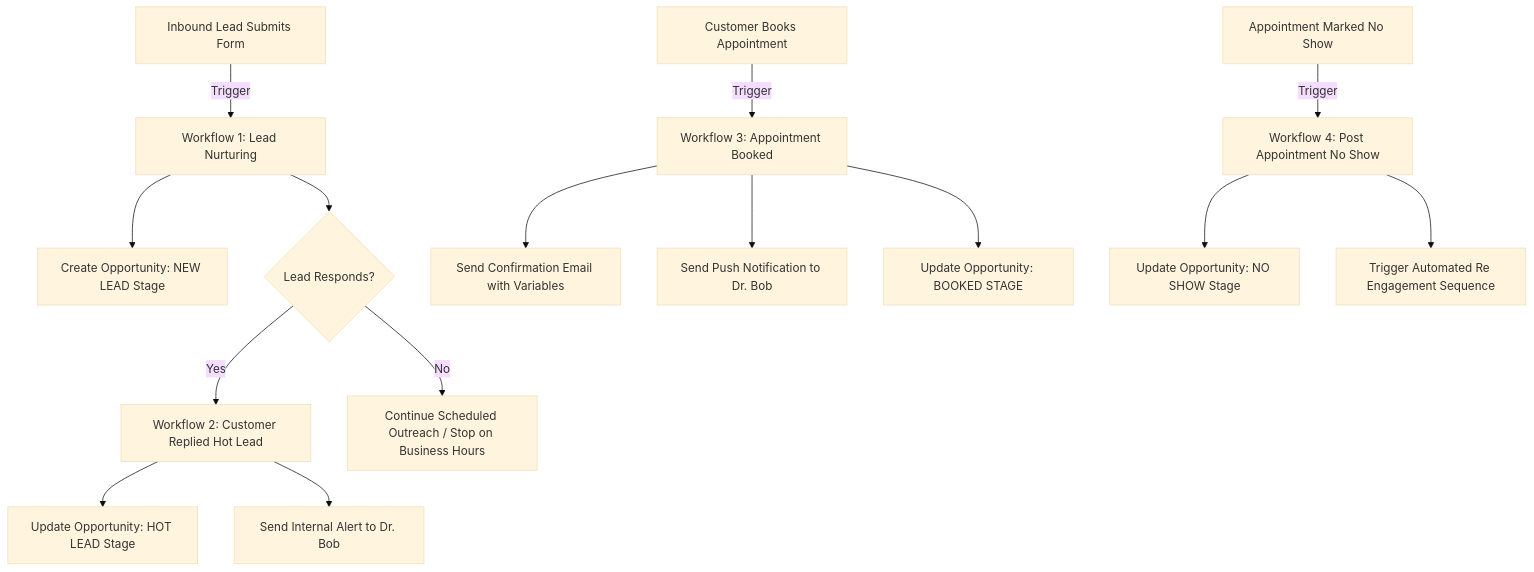
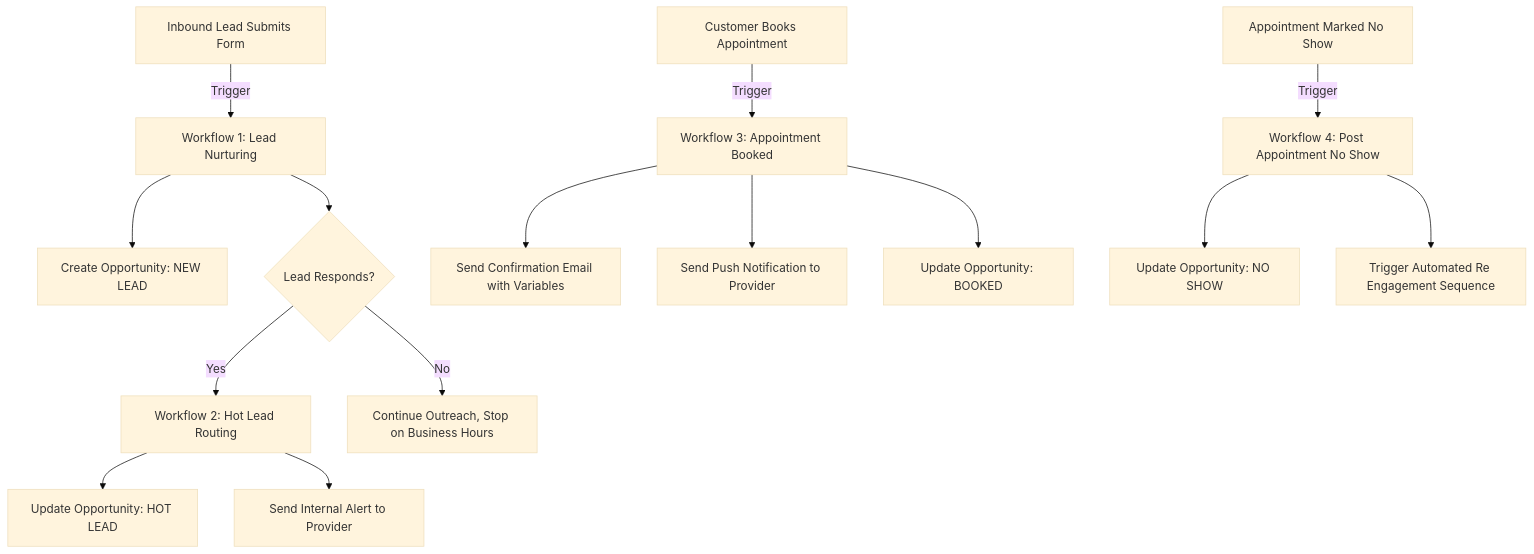
One commit to DerrickMits/ledger_article_site changed the first of 5 diagrams in content/articles/high-performance-gohighlevel-workflows.md. Above: the diagram before and after it, drawn with Mermaid (base theme). The commit also changed other lines of this file, not shown here.

First line of the commit message:
Shorten mermaid diagram node labels to fit inside shapes

````diff
--- a/content/articles/high-performance-gohighlevel-workflows.md
+++ b/content/articles/high-performance-gohighlevel-workflows.md
@@ -16,19 +16,19 @@
 ```mermaid
 graph TD
     A[Inbound Lead Submits Form] -->|Trigger| WF1[Workflow 1: Lead Nurturing]
-    WF1 --> B[Create Opportunity: NEW LEAD Stage]
+    WF1 --> B[Create Opportunity: NEW LEAD]
     WF1 --> C{Lead Responds?}
-    C -->|Yes| WF2[Workflow 2: Customer Replied Hot Lead]
-    C -->|No| D[Continue Scheduled Outreach / Stop on Business Hours]
-    WF2 --> E[Update Opportunity: HOT LEAD Stage]
-    WF2 --> F[Send Internal Alert to Dr. Bob]
+    C -->|Yes| WF2[Workflow 2: Hot Lead Routing]
+    C -->|No| D[Continue Outreach, Stop on Business Hours]
+    WF2 --> E[Update Opportunity: HOT LEAD]
+    WF2 --> F[Send Internal Alert to Provider]
 
     A2[Customer Books Appointment] -->|Trigger| WF3[Workflow 3: Appointment Booked]
     WF3 --> G[Send Confirmation Email with Variables]
-    WF3 --> H[Send Push Notification to Dr. Bob]
-    WF3 --> I[Update Opportunity: BOOKED STAGE]
+    WF3 --> H[Send Push Notification to Provider]
+    WF3 --> I[Update Opportunity: BOOKED]
 
     G2[Appointment Marked No Show] -->|Trigger| WF4[Workflow 4: Post Appointment No Show]
-    WF4 --> J[Update Opportunity: NO SHOW Stage]
+    WF4 --> J[Update Opportunity: NO SHOW]
     WF4 --> K[Trigger Automated Re Engagement Sequence]
 ```
````
